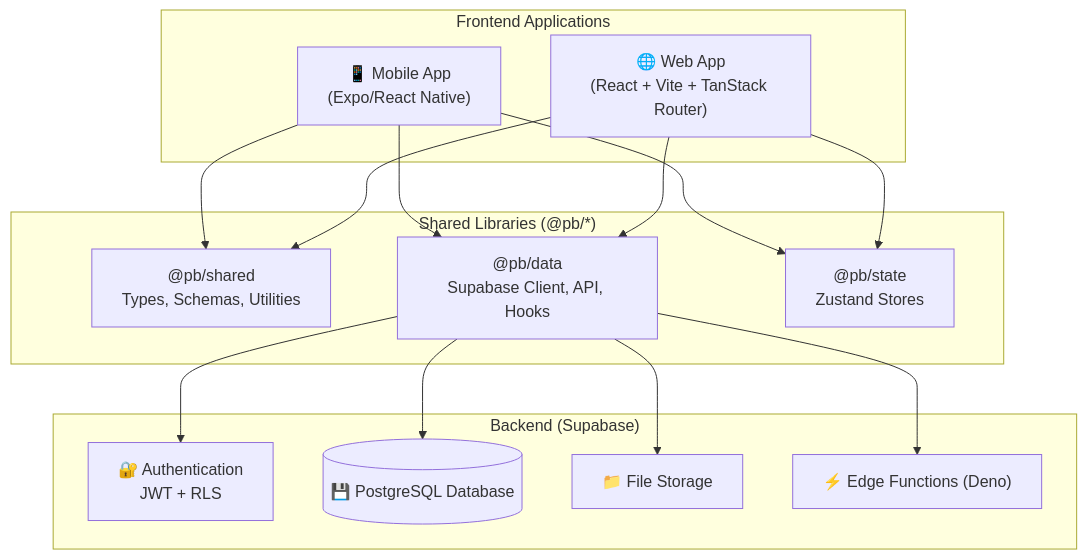
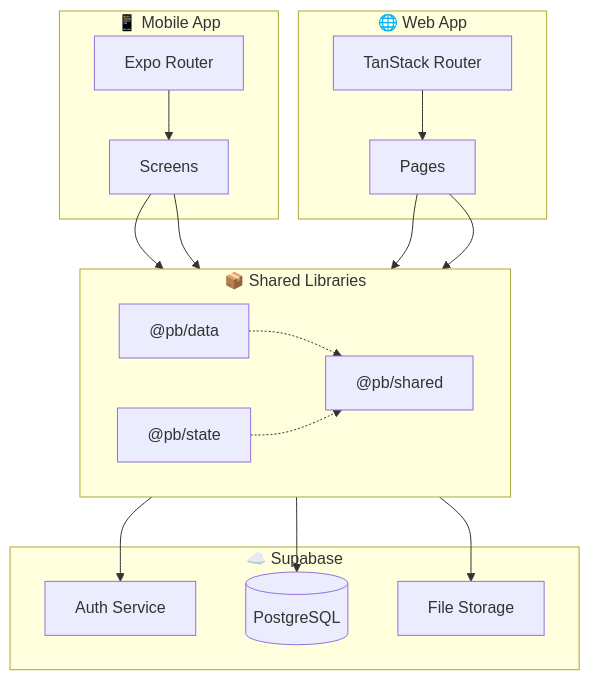
Before and after one commit to willbnu/Product-Blueprint: the second of 2 diagrams in README.md, drawn with Mermaid. The commit also changed other lines of this file, not shown here.

````diff
--- a/README.md
+++ b/README.md
@@ -98,24 +173,40 @@
 ```mermaid
 graph TB
-    subgraph "Frontend Applications"
-        Mobile["📱 Mobile App<br/>(Expo/React Native)"]
-        Web["🌐 Web App<br/>(React + Vite + TanStack Router)"]
+    subgraph "📱 Mobile App"
+        M_Routes[Expo Router]
+        M_Screens[Screens]
     end
 
-    subgraph "Shared Libraries (@pb/*)"
-        Shared["@pb/shared<br/>Types, Schemas, Utilities"]
-        Data["@pb/data<br/>Supabase Client, API, Hooks"]
-        State["@pb/state<br/>Zustand Stores"]
+    subgraph "🌐 Web App"
+        W_Routes[TanStack Router]
+        W_Pages[Pages]
     end
 
-    subgraph "Backend (Supabase)"
-        Auth["🔐 Authentication<br/>JWT + RLS"]
-        DB[("💾 PostgreSQL Database")]
-        Storage["📁 File Storage"]
-        Edge["⚡ Edge Functions (Deno)"]
+    subgraph "📦 Shared Libraries"
+        direction LR
+        Data["@pb/data"]
+        State["@pb/state"]
+        Shared["@pb/shared"]
     end
 
-    Mobile --> Shared; Mobile --> Data; Mobile --> State;
-    Web --> Shared; Web --> Data; Web --> State;
-    Data --> Auth; Data --> DB; Data --> Storage; Data --> Edge;
+    subgraph "☁️ Supabase"
+        Auth[Auth Service]
+        DB[(PostgreSQL)]
+        Storage[File Storage]
+    end
+
+    M_Routes --> M_Screens
+    M_Screens --> Data
+    M_Screens --> State
+
+    W_Routes --> W_Pages
+    W_Pages --> Data
+    W_Pages --> State
+
+    Data --> Auth
+    Data --> DB
+    Data --> Storage
+
+    Data -.-> Shared
+    State -.-> Shared
 ```
````
